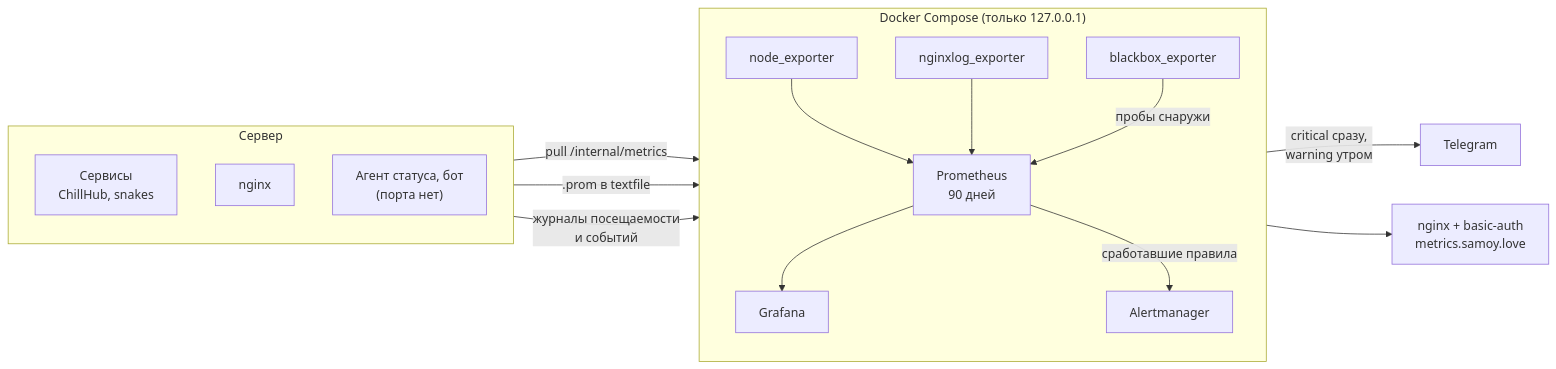
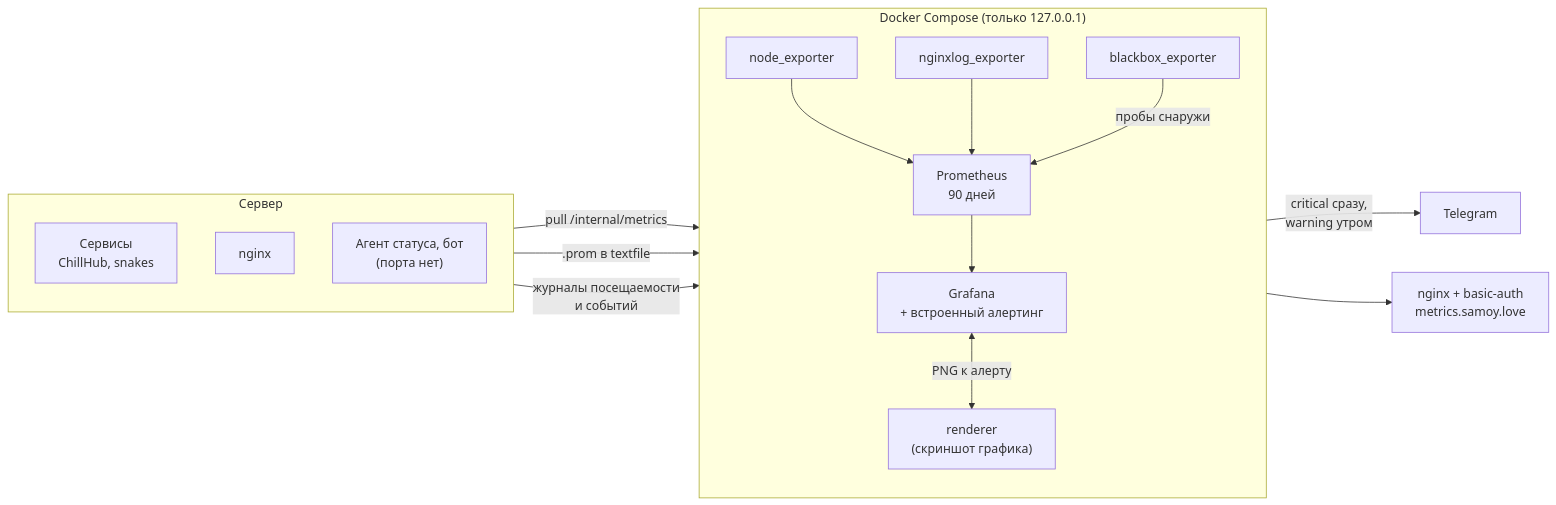
Before and after one commit to samoy-love/metrics.samoy.love: the diagram in README.md, drawn with Mermaid. The commit also changed other lines of this file and 13 other files, not shown here.

First line of the commit message:
Слать оповещения из Grafana и прикладывать скриншот графика (#26)

````diff
--- a/README.md
+++ b/README.md
@@ -52,30 +52,30 @@
 ```mermaid
 flowchart LR
     subgraph host["Сервер"]
         direction TB
         svc["Сервисы<br/>ChillHub, snakes"]
         nginx["nginx"]
         timer["Агент статуса, бот<br/>(порта нет)"]
     end
 
     subgraph compose["Docker Compose (только 127.0.0.1)"]
         direction TB
         node["node_exporter"]
         nglog["nginxlog_exporter"]
         bb["blackbox_exporter"]
         prom["Prometheus<br/>90 дней"]
-        graf["Grafana"]
-        am["Alertmanager"]
+        graf["Grafana<br/>+ встроенный алертинг"]
+        rnd["renderer<br/>(скриншот графика)"]
     end
 
     svc -->|"pull /internal/metrics"| prom
     timer -->|".prom в textfile"| node
     nginx -->|"журналы посещаемости<br/>и событий"| nglog
     node --> prom
     nglog --> prom
     bb -->|"пробы снаружи"| prom
     prom --> graf
-    prom -->|"сработавшие правила"| am
-    am -->|"critical сразу,<br/>warning утром"| tg["Telegram"]
+    graf <-->|"PNG к алерту"| rnd
+    graf -->|"critical сразу,<br/>warning утром"| tg["Telegram"]
     graf --> gate["nginx + basic-auth<br/>metrics.samoy.love"]
 ```
````
